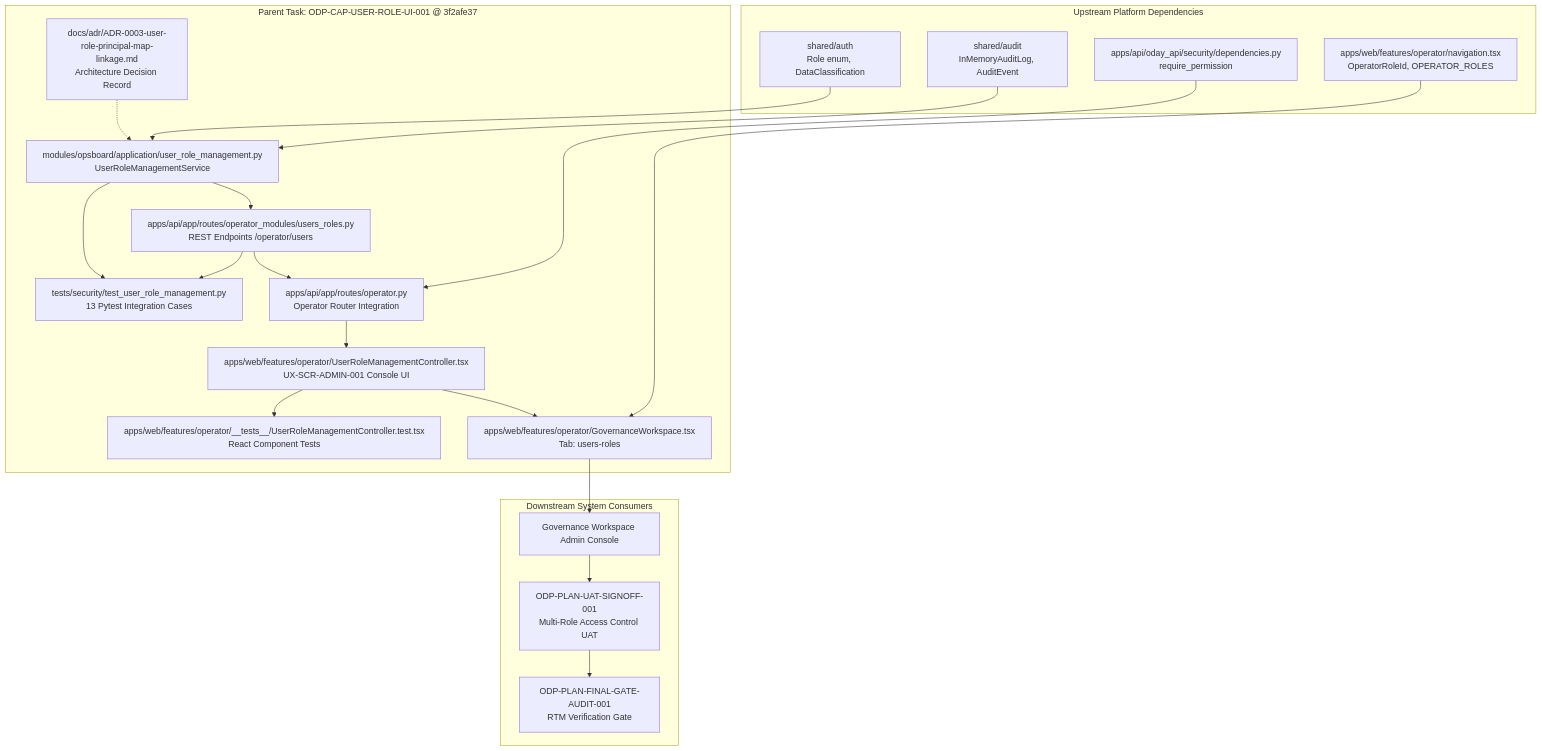
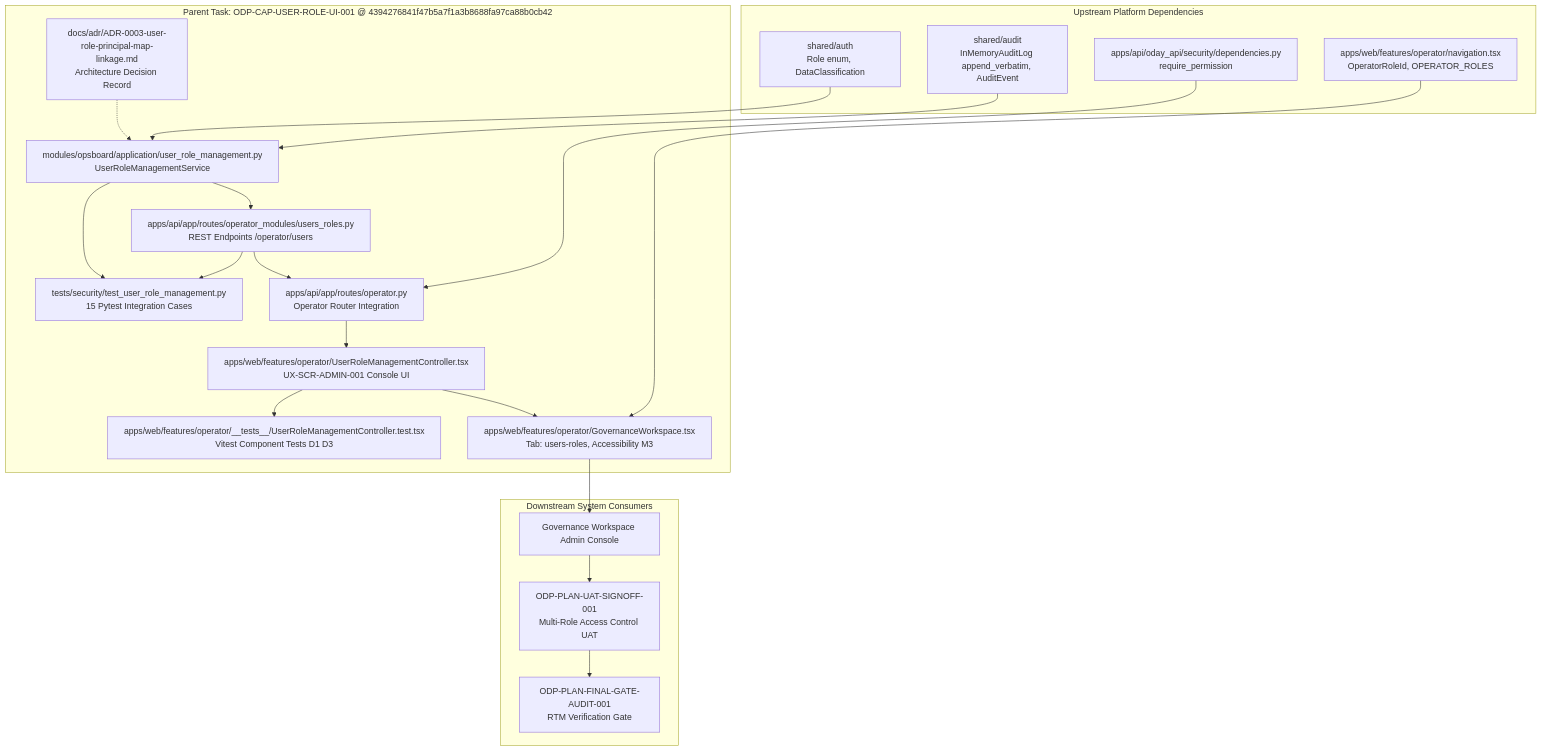
Before and after one commit to alfloop-dev/odayplus: the diagram in support/sidecars/ODP-CAP-USER-ROLE-UI-001/ODP-CAP-USER-ROLE-UI-001-SIDECAR-ACCEPTANCE.md, drawn with Mermaid. The commit also changed other lines of this file, not shown here.

First line of the commit message:
ODP-CAP-USER-ROLE-UI-001-SIDECAR-ACCEPTANCE: refresh packet 43942768

````diff
--- a/support/sidecars/ODP-CAP-USER-ROLE-UI-001/ODP-CAP-USER-ROLE-UI-001-SIDECAR-ACCEPTANCE.md
+++ b/support/sidecars/ODP-CAP-USER-ROLE-UI-001/ODP-CAP-USER-ROLE-UI-001-SIDECAR-ACCEPTANCE.md
@@ -97,42 +100,42 @@
 ```mermaid
 flowchart TD
     subgraph Upstream [Upstream Platform Dependencies]
         AUTH[shared/auth<br/>Role enum, DataClassification]
-        AUDIT[shared/audit<br/>InMemoryAuditLog, AuditEvent]
+        AUDIT[shared/audit<br/>InMemoryAuditLog append_verbatim, AuditEvent]
         SECURITY[apps/api/oday_api/security/dependencies.py<br/>require_permission]
         NAV[apps/web/features/operator/navigation.tsx<br/>OperatorRoleId, OPERATOR_ROLES]
     end
 
-    subgraph ParentTask [Parent Task: ODP-CAP-USER-ROLE-UI-001 @ 3f2afe37]
+    subgraph ParentTask [Parent Task: ODP-CAP-USER-ROLE-UI-001 @ 4394276841f47b5a7f1a3b8688fa97ca88b0cb42]
         SVC[modules/opsboard/application/user_role_management.py<br/>UserRoleManagementService]
         ROUTE[apps/api/app/routes/operator_modules/users_roles.py<br/>REST Endpoints /operator/users]
         OP_ROUTER[apps/api/app/routes/operator.py<br/>Operator Router Integration]
         UI_CTRL[apps/web/features/operator/UserRoleManagementController.tsx<br/>UX-SCR-ADMIN-001 Console UI]
-        GOV_SHELL[apps/web/features/operator/GovernanceWorkspace.tsx<br/>Tab: users-roles]
+        GOV_SHELL[apps/web/features/operator/GovernanceWorkspace.tsx<br/>Tab: users-roles, Accessibility M3]
         ADR[docs/adr/ADR-0003-user-role-principal-map-linkage.md<br/>Architecture Decision Record]
-        TEST_PY[tests/security/test_user_role_management.py<br/>13 Pytest Integration Cases]
-        TEST_TSX[apps/web/features/operator/__tests__/UserRoleManagementController.test.tsx<br/>React Component Tests]
+        TEST_PY[tests/security/test_user_role_management.py<br/>15 Pytest Integration Cases]
+        TEST_TSX[apps/web/features/operator/__tests__/UserRoleManagementController.test.tsx<br/>Vitest Component Tests D1 D3]
     end
 
     subgraph Downstream [Downstream System Consumers]
         GOV_TAB[Governance Workspace Admin Console]
         UAT[ODP-PLAN-UAT-SIGNOFF-001<br/>Multi-Role Access Control UAT]
         AUDIT_GATE[ODP-PLAN-FINAL-GATE-AUDIT-001<br/>RTM Verification Gate]
     end
 
     AUTH --> SVC
     AUDIT --> SVC
     SECURITY --> OP_ROUTER
     NAV --> GOV_SHELL
     SVC --> ROUTE
     ROUTE --> OP_ROUTER
     OP_ROUTER --> UI_CTRL
     UI_CTRL --> GOV_SHELL
     ADR -.-> SVC
     SVC --> TEST_PY
     ROUTE --> TEST_PY
     UI_CTRL --> TEST_TSX
     GOV_SHELL --> GOV_TAB
     GOV_TAB --> UAT
     UAT --> AUDIT_GATE
 ```
````
